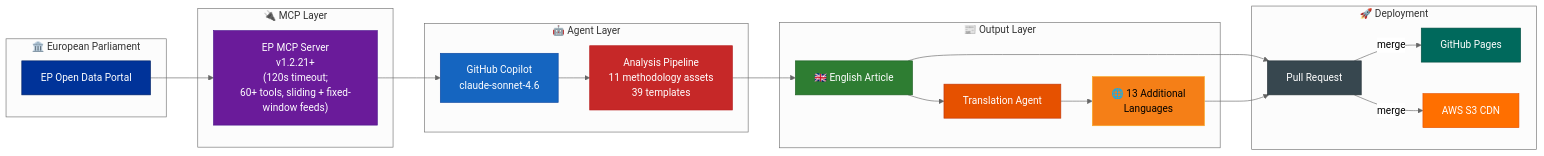
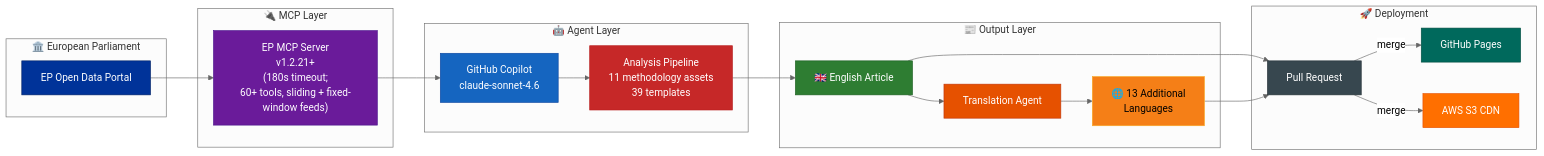
One commit to Hack23/euparliamentmonitor changed diagram 22 of 22 in WORKFLOWS.md. Above: the diagram before and after it, drawn with Mermaid (neutral theme). The commit also changed other lines of this file and 3 other files, not shown here.

First line of the commit message:
docs: align article workflow architecture

````diff
--- a/WORKFLOWS.md
+++ b/WORKFLOWS.md
@@ -2043,42 +2043,42 @@
 ```mermaid
 flowchart LR
     subgraph "🏛️ European Parliament"
         EP["EP Open Data Portal"]
     end
 
     subgraph "🔌 MCP Layer"
-        MCP["EP MCP Server<br/>v1.2.21+<br/>(120s timeout;<br/>60+ tools, sliding + fixed-window feeds)"]
+        MCP["EP MCP Server<br/>v1.2.21+<br/>(180s timeout;<br/>60+ tools, sliding + fixed-window feeds)"]
     end
 
     subgraph "🤖 Agent Layer"
         Agent["GitHub Copilot<br/>claude-sonnet-4.6"]
         Analyze["Analysis Pipeline<br/>11 methodology assets<br/>39 templates"]
     end
 
     subgraph "📰 Output Layer"
         EN["🇬🇧 English Article"]
         Translate["Translation Agent"]
         Multi["🌐 13 Additional<br/>Languages"]
     end
 
     subgraph "🚀 Deployment"
         PR["Pull Request"]
         Pages["GitHub Pages"]
         S3["AWS S3 CDN"]
     end
 
     EP --> MCP --> Agent --> Analyze --> EN --> PR
     EN --> Translate --> Multi --> PR
     PR --> |"merge"| Pages & S3
 
     style EP fill:#003399,stroke:#002266,color:#FFFFFF
     style MCP fill:#6A1B9A,stroke:#4A148C,color:#FFFFFF
     style Agent fill:#1565C0,stroke:#0D47A1,color:#FFFFFF
     style Analyze fill:#C62828,stroke:#B71C1C,color:#FFFFFF
     style EN fill:#2E7D32,stroke:#1B5E20,color:#FFFFFF
     style Translate fill:#E65100,stroke:#BF360C,color:#FFFFFF
     style Multi fill:#F57F17,stroke:#F9A825,color:#000000
     style PR fill:#37474F,stroke:#263238,color:#FFFFFF
     style Pages fill:#00695C,stroke:#004D40,color:#FFFFFF
     style S3 fill:#FF6F00,stroke:#E65100,color:#FFFFFF
 ```
````
